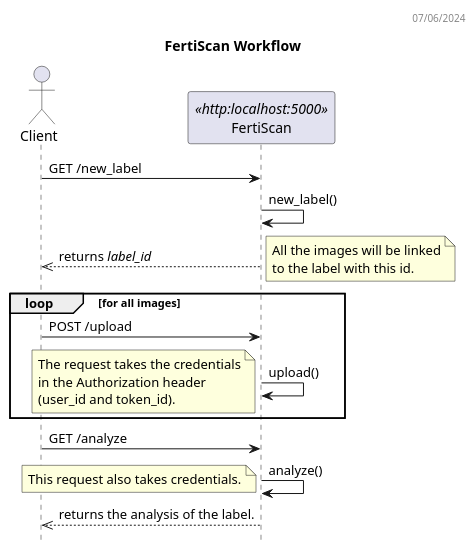
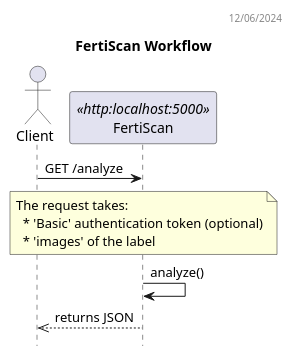
The diagram in docs/workflow_dss.puml (ai-cfia/fertiscan-backend), drawn with PlantUML before and after one commit. The commit also changed 3 other files, not shown here.

Commit message:
doc: display the new workflow in diagram

```diff
--- a/docs/workflow_dss.puml
+++ b/docs/workflow_dss.puml
@@ -1,33 +1,19 @@
 @startuml FertiScan Sequence Diagram
-header 07/06/2024
+header 12/06/2024
 
 title FertiScan Workflow
 hide empty members
 hide footbox
 
 actor "Client" as C
 participant FertiScan as F <<http:localhost:5000>>
 
-C -> F: GET /new_label
-F -> F: new_label()
-C <<-- F: returns //label_id//
-note right
-  All the images will be linked
-  to the label with this id.
+C -> F: GET /analyze
+note over F
+  The request takes:
+    * 'Basic' authentication token (optional)
+    * 'images' of the label
 end note
-loop for all images
-  C -> F: POST /upload
-  F -> F: upload()
-  note left
-    The request takes the credentials
-    in the Authorization header 
-    (user_id and token_id).
-  end note
-end
-C -> F: GET /analyze
 F -> F: analyze()  
-note left    
-  This request also takes credentials.
-end note
-C <<-- F: returns the analysis of the label.
+C <<-- F: returns JSON
 @enduml
```
